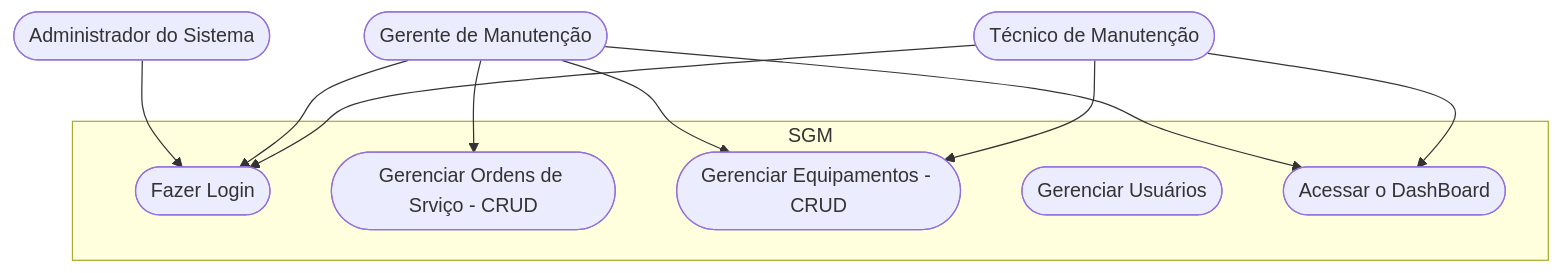
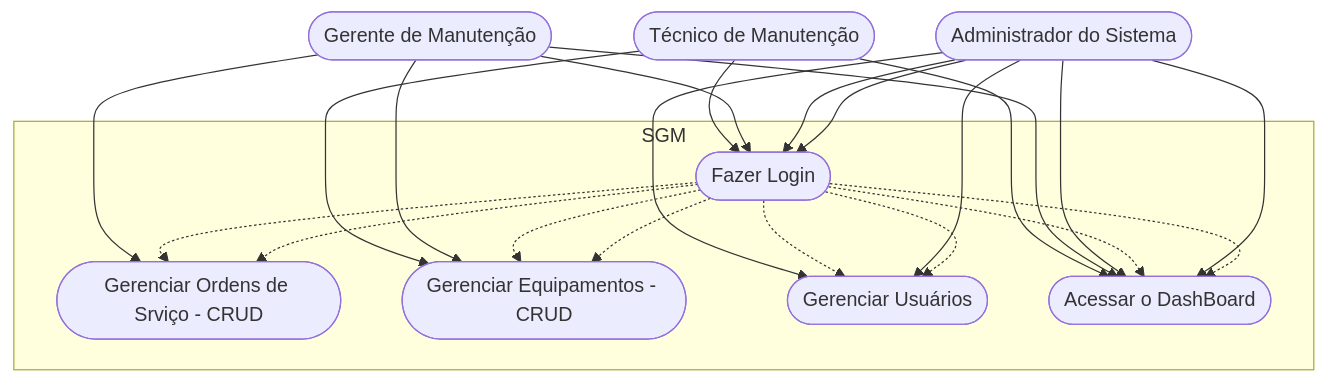
Before and after one commit to JPcardosoo/FrontEnd: the second of 3 diagrams in Frameworks/Next/formativa-sgm/README.md, drawn with Mermaid. The commit also changed other lines of this file, not shown here.

````diff
--- a/Frameworks/Next/formativa-sgm/README.md
+++ b/Frameworks/Next/formativa-sgm/README.md
@@ -101,27 +101,44 @@
     ```mermaid
 
 graph TD
 
     subgraph "SGM"
         caso1([Fazer Login])
         caso2([Gerenciar Ordens de Srviço - CRUD])
         caso3([Gerenciar Equipamentos - CRUD])
         caso4([Gerenciar Usuários])
         caso5([Acessar o DashBoard])
     end
 
     Tecnico([Técnico de Manutenção])
     Gerente([Gerente de Manutenção])
     Admin([Administrador do Sistema])
 
     Tecnico --> caso1
     Tecnico --> caso3
     Tecnico --> caso5
 
     Gerente --> caso1
     Gerente --> caso2
     Gerente --> caso3
     Gerente --> caso5
 
+        Admin --> caso1
+    Admin --> caso4
+    Admin --> caso5
+
+    caso1 -.-> caso2
+    caso1 -.-> caso3
+    caso1 -.-> caso4
+    caso1 -.-> caso5
+    
     Admin --> caso1
+    Admin --> caso4
+    Admin --> caso5
+
+    caso1 -.-> caso2
+    caso1 -.-> caso3
+    caso1 -.-> caso4
+    caso1 -.-> caso5
+    
 ```
````
